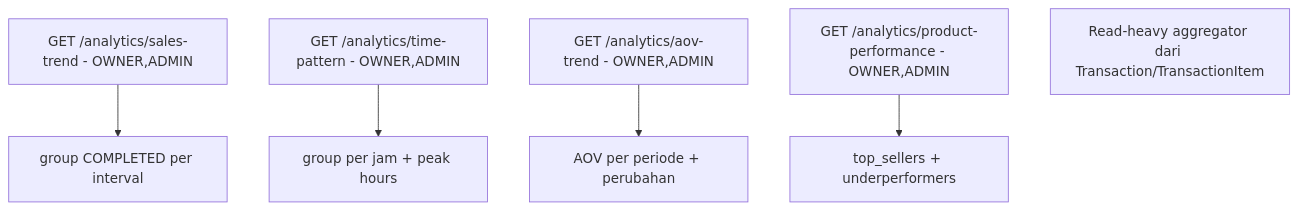
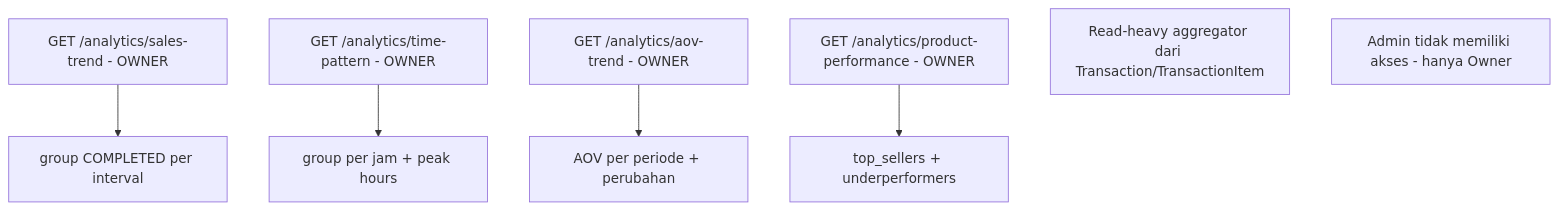
Diagram 19 of 21 in docs/system-flow.md (TeamOneee/pos-project-be), drawn with Mermaid before and after one commit. The commit also changed other lines of this file and 9 other files, not shown here.

````diff
--- a/docs/system-flow.md
+++ b/docs/system-flow.md
@@ -385,9 +451,10 @@
 ```mermaid
 flowchart TD
-    ST[GET /analytics/sales-trend - OWNER,ADMIN] --> G1[group COMPLETED per interval]
-    TP[GET /analytics/time-pattern - OWNER,ADMIN] --> G2[group per jam + peak hours]
-    AOV[GET /analytics/aov-trend - OWNER,ADMIN] --> G3[AOV per periode + perubahan]
-    PP[GET /analytics/product-performance - OWNER,ADMIN] --> G4[top_sellers + underperformers]
+    ST[GET /analytics/sales-trend - OWNER] --> G1[group COMPLETED per interval]
+    TP[GET /analytics/time-pattern - OWNER] --> G2[group per jam + peak hours]
+    AOV[GET /analytics/aov-trend - OWNER] --> G3[AOV per periode + perubahan]
+    PP[GET /analytics/product-performance - OWNER] --> G4[top_sellers + underperformers]
 
     NOTE[Read-heavy aggregator dari Transaction/TransactionItem]
+    ADMIN[Admin tidak memiliki akses - hanya Owner]
 ```
````
